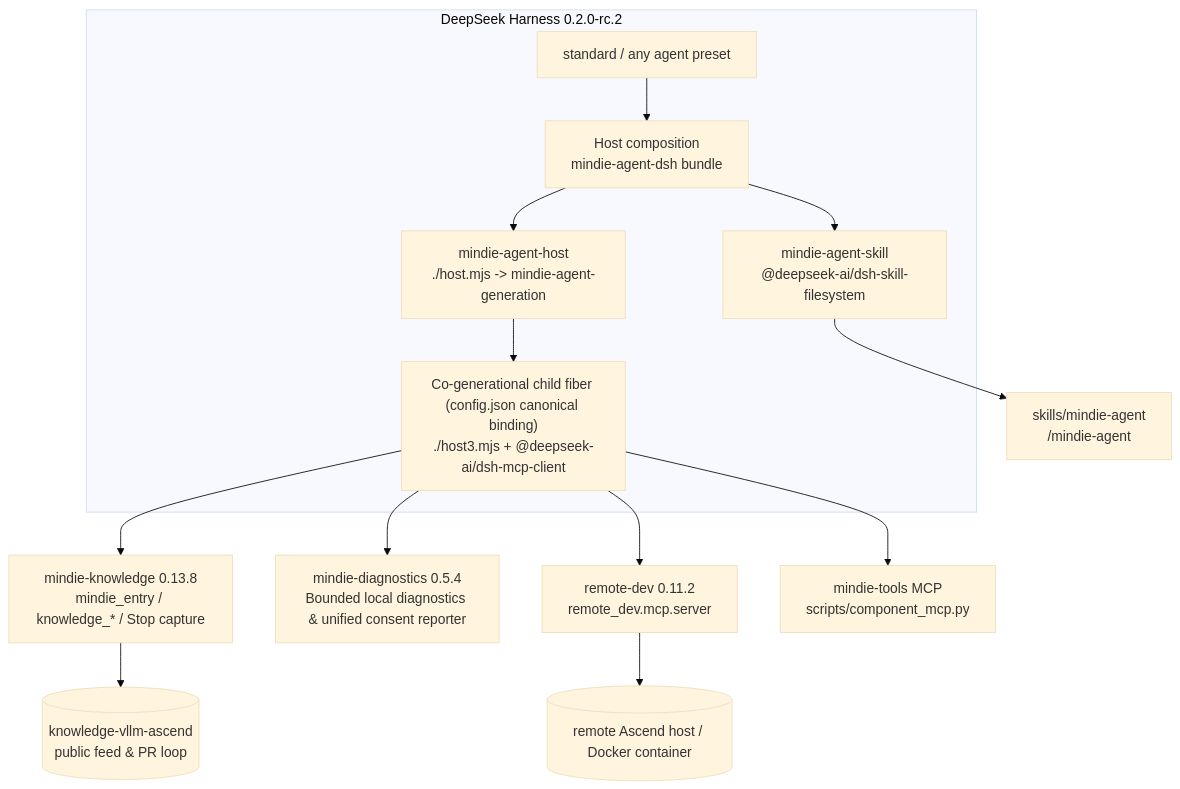
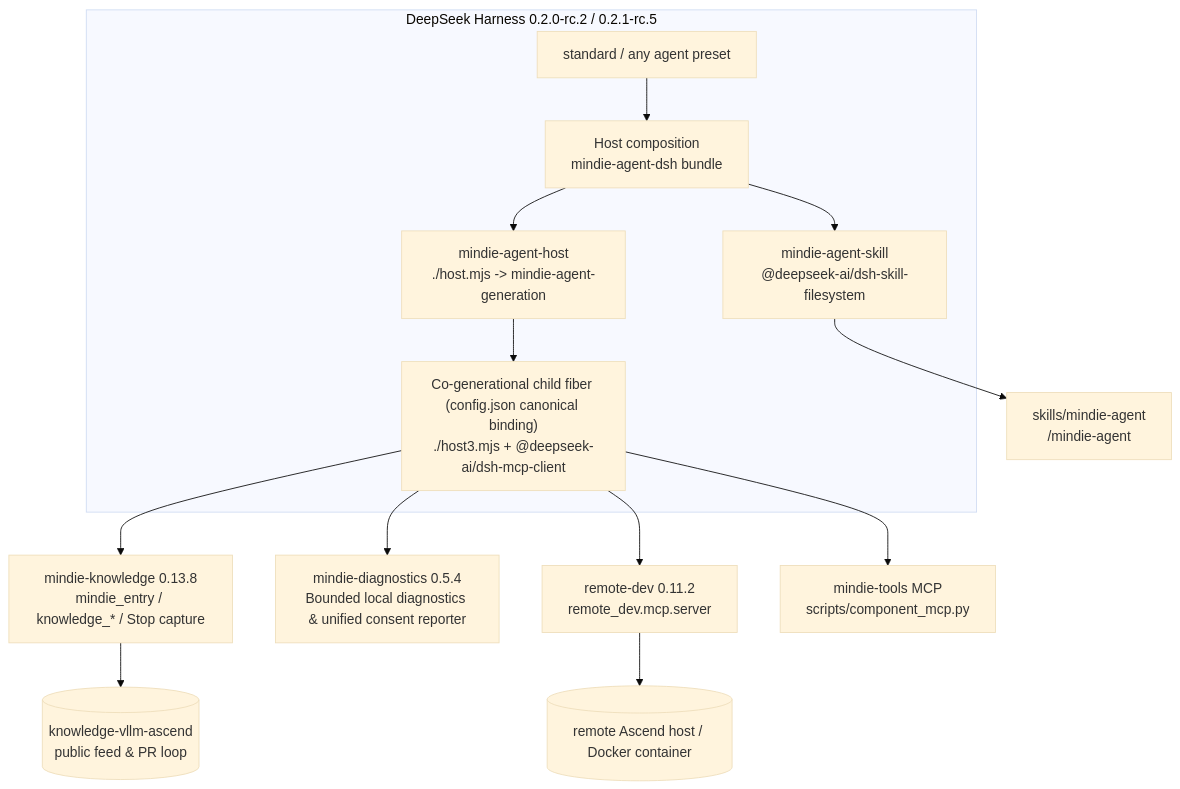
One commit to mindie-agent/mindie-agent-dsh changed the diagram in README.en.md. Above: the diagram before and after it, drawn with Mermaid (base theme). The commit also changed other lines of this file and 14 other files, not shown here.

````diff
--- a/README.en.md
+++ b/README.en.md
@@ -132,21 +132,21 @@
 ```mermaid
 flowchart TB
-  subgraph DSH["DeepSeek Harness 0.2.0-rc.2"]
+  subgraph DSH["DeepSeek Harness 0.2.0-rc.2 / 0.2.1-rc.5"]
     HOST["Host composition<br/>mindie-agent-dsh bundle"]
     STD["standard / any agent preset"]
     SKILL["mindie-agent-skill<br/>@deepseek-ai/dsh-skill-filesystem"]
     HPLUG["mindie-agent-host<br/>./host.mjs -> mindie-agent-generation"]
     GEN["Co-generational child fiber (config.json canonical binding)<br/>./host3.mjs + @deepseek-ai/dsh-mcp-client"]
     STD --> HOST
     HOST --> SKILL
     HOST --> HPLUG
     HPLUG --> GEN
   end
   SKILL --> SK["skills/mindie-agent<br/>/mindie-agent"]
   GEN --> KS["mindie-knowledge 0.13.8<br/>mindie_entry / knowledge_* / Stop capture"]
   GEN --> DIAG["mindie-diagnostics 0.5.4<br/>Bounded local diagnostics & unified consent reporter"]
   KS --> FEED[("knowledge-vllm-ascend<br/>public feed & PR loop")]
   GEN --> RD["remote-dev 0.11.2<br/>remote_dev.mcp.server"]
   GEN --> MT["mindie-tools MCP<br/>scripts/component_mcp.py"]
   RD --> NPU[("remote Ascend host / Docker container")]
 ```
````
